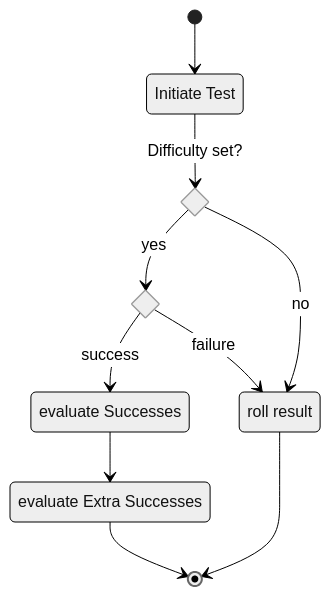
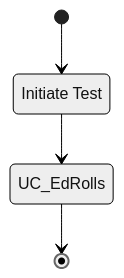
The diagram in documentation/Use Cases/UC_Rolls-arbitraryTests.md (patrickmohrmann/earthdawn4eV2), drawn with Mermaid (neutral theme) before and after one commit. The commit also changed other lines of this file and 2 other files, not shown here.

````diff
--- a/documentation/Use Cases/UC_Rolls-arbitraryTests.md
+++ b/documentation/Use Cases/UC_Rolls-arbitraryTests.md
@@ -10,40 +8,24 @@
 ```mermaid
 stateDiagram-v2
     classDef fromOutside font-style:italic,font-weight:bold,fill:lightyellow
     classDef foundryCore font-style:italic,font-weight:bold,fill: lightgreen
     classDef userFunction font-style:italic,font-weight:bold,fill:lightblue
     classDef userFunctionReturn font-style:italic,font-weight:bold,fill:aqua
     classDef dialog font-style:italic,font-weight:bold,fill:orange
 
     ###################### status #######################
 
     triggerAction1: Initiate Test
 
-    state1: evaluate Successes
-    state2: evaluate Extra Successes
-    state3: roll result
-
-
-    ####################### Decisions #######################
-
-    state DECISION1 <<choice>>
-    state DECISION2 <<choice>>
+    state1: UC_EdRolls
 
     ######################## Colorations ######################
 
     triggerAction1:::fromOutside
 
     ##################### StateDiagram ########################
 
     [*] --> triggerAction1
-    triggerAction1 --> DECISION1: Difficulty set?
-    DECISION1 --> DECISION2: yes
-    DECISION1 --> state3: no
-
-    DECISION2 --> state1: success
-    DECISION2 --> state3: failure
-    state1 --> state2
-    state2 --> [*]
-
-    state3 --> [*]
+    triggerAction1 --> state1
+    state1 --> [*]
 ```
````
